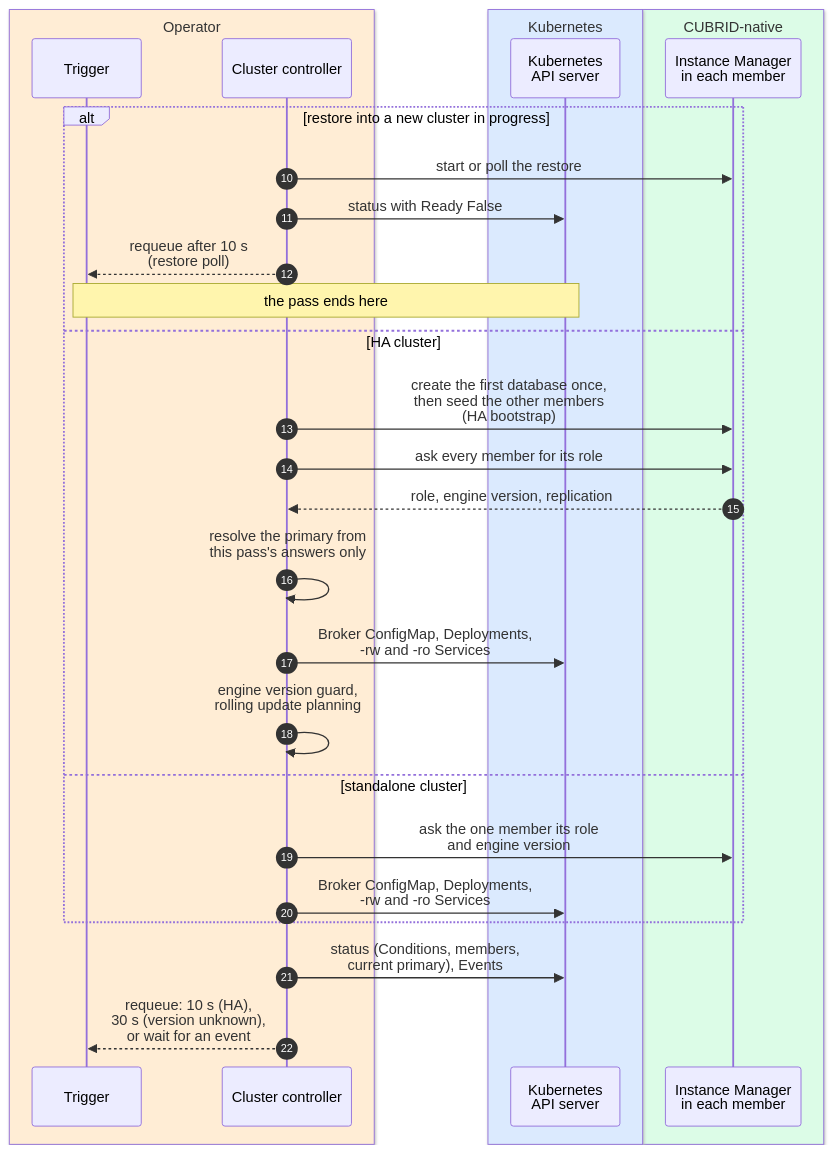
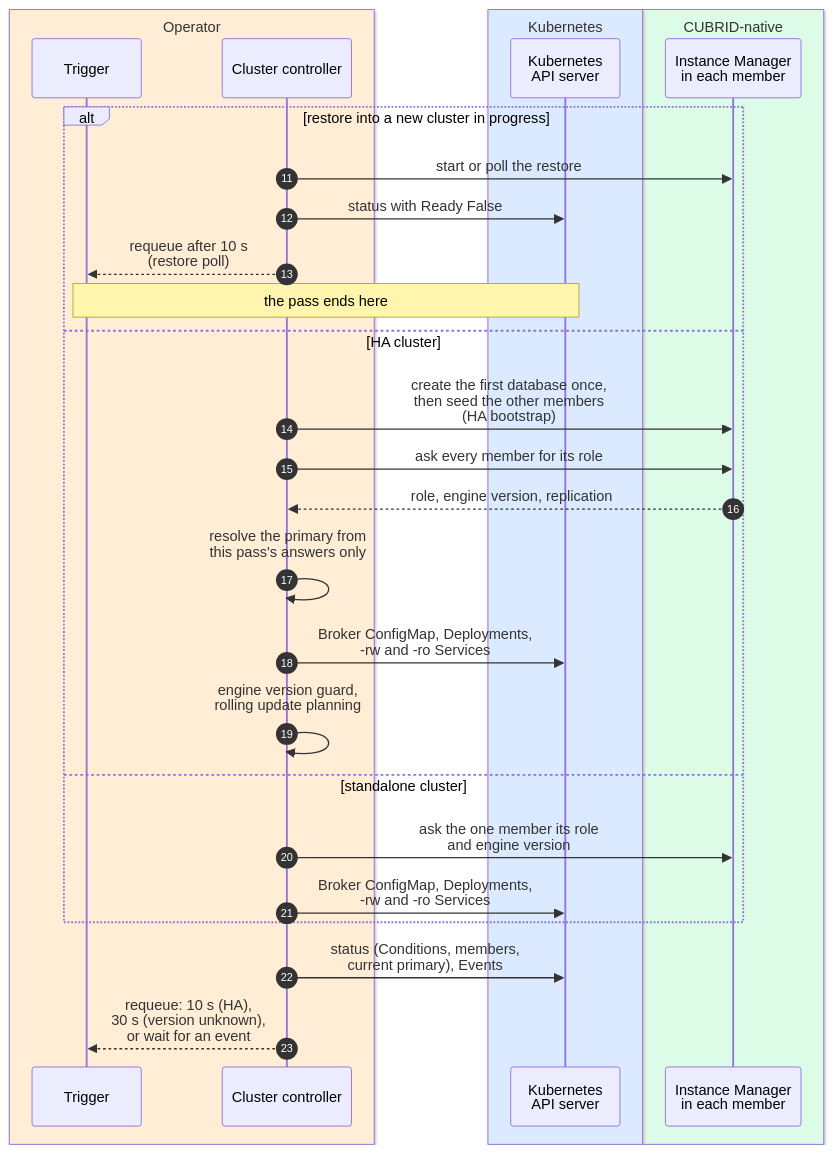
One commit to cubrid-lab/cubrid-kubernetes-operator changed the second of 3 diagrams in docs/architecture/reconciliation.md. Above: the diagram before and after it, drawn with Mermaid. The commit also changed other lines of this file and 17 other files, not shown here.

````diff
--- a/docs/architecture/reconciliation.md
+++ b/docs/architecture/reconciliation.md
@@ -58,34 +59,34 @@
 ```mermaid
 %%{init: {"sequence": {"actorMargin": 30, "width": 120}}}%%
 sequenceDiagram
-    autonumber 10
+    autonumber 11
     box rgb(255,237,213) Operator
         participant T as Trigger
         participant CC as Cluster controller
     end
     box rgb(219,234,254) Kubernetes
         participant API as Kubernetes<br/>API server
     end
     box rgb(220,252,231) CUBRID-native
         participant IM as Instance Manager<br/>in each member
     end
 
     alt restore into a new cluster in progress
         CC->>IM: start or poll the restore
         CC->>API: status with Ready False
         CC-->>T: requeue after 10 s<br/>(restore poll)
         Note over T,API: the pass ends here
     else HA cluster
         CC->>IM: create the first database once,<br/>then seed the other members<br/>(HA bootstrap)
         CC->>IM: ask every member for its role
         IM-->>CC: role, engine version, replication
         CC->>CC: resolve the primary from<br/>this pass's answers only<br/>#nbsp;
         CC->>API: Broker ConfigMap, Deployments,<br/>-rw and -ro Services
         CC->>CC: engine version guard,<br/>rolling update planning<br/>#nbsp;
     else standalone cluster
         CC->>IM: ask the one member its role<br/>and engine version
         CC->>API: Broker ConfigMap, Deployments,<br/>-rw and -ro Services
     end
     CC->>API: status (Conditions, members,<br/>current primary), Events
     CC-->>T: requeue: 10 s (HA),<br/>30 s (version unknown),<br/>or wait for an event
 ```
````
